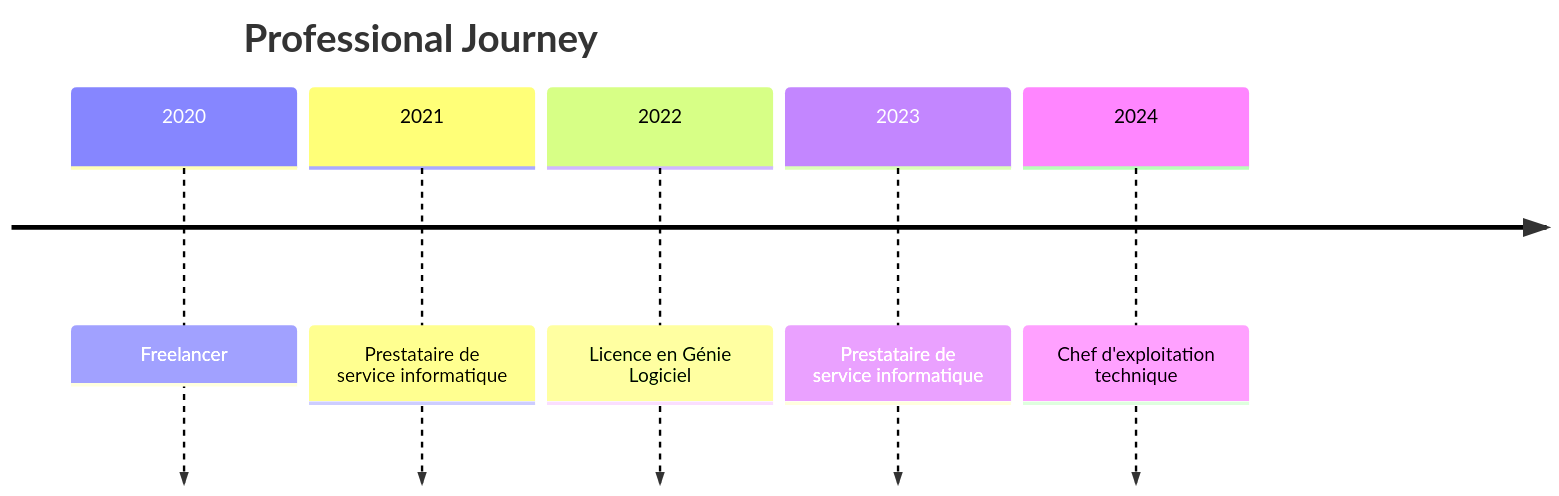
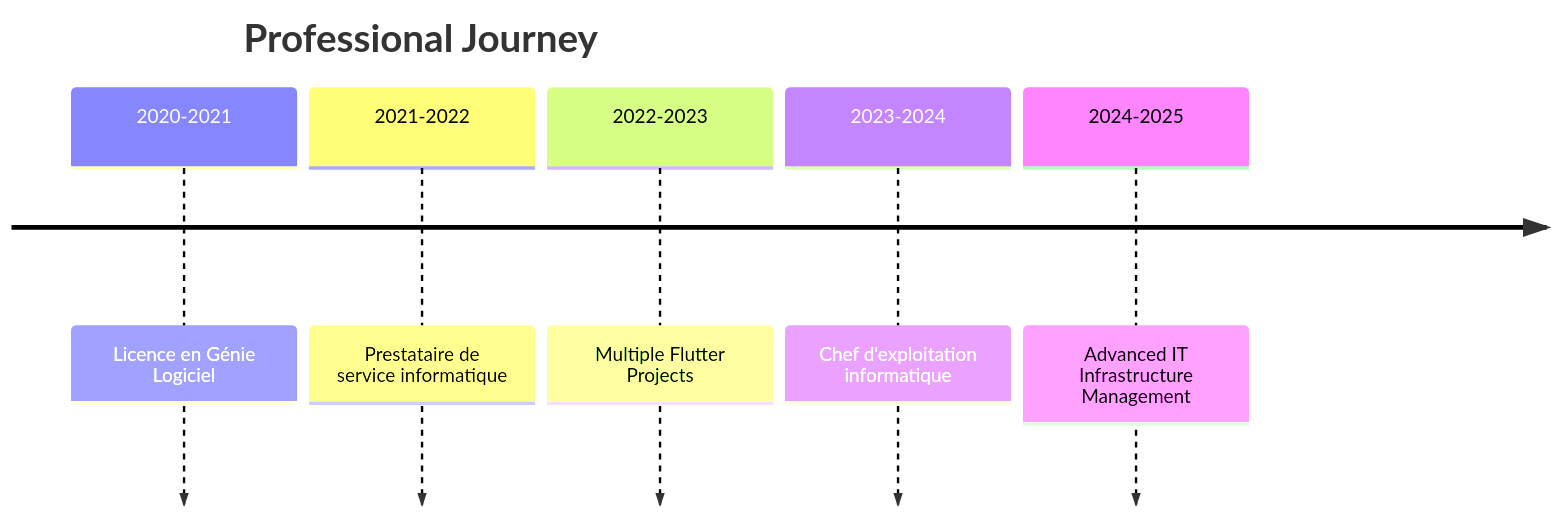
One commit to MikeCHOKKI/MikeCHOKKI changed the second of 2 diagrams in README.md. Above: the diagram before and after it, drawn with Mermaid. The commit also changed other lines of this file and 4 other files, not shown here.

Commit message:
Modification du readme (test sur Activity timeline)

````diff
--- a/README.md
+++ b/README.md
@@ -347,9 +347,9 @@
 ```mermaid
 timeline
     title Professional Journey
-    2020    : Freelancer
-    2021    : Prestataire de service informatique
-    2022    : Licence en Génie Logiciel
-    2023    : Prestataire de service informatique
-    2024    : Chef d'exploitation technique
+    2020-2021    : Licence en Génie Logiciel
+    2021-2022    : Prestataire de service informatique
+    2022-2023    : Multiple Flutter Projects
+    2023-2024    : Chef d'exploitation informatique
+    2024-2025    : Advanced IT Infrastructure Management
 ```
````
